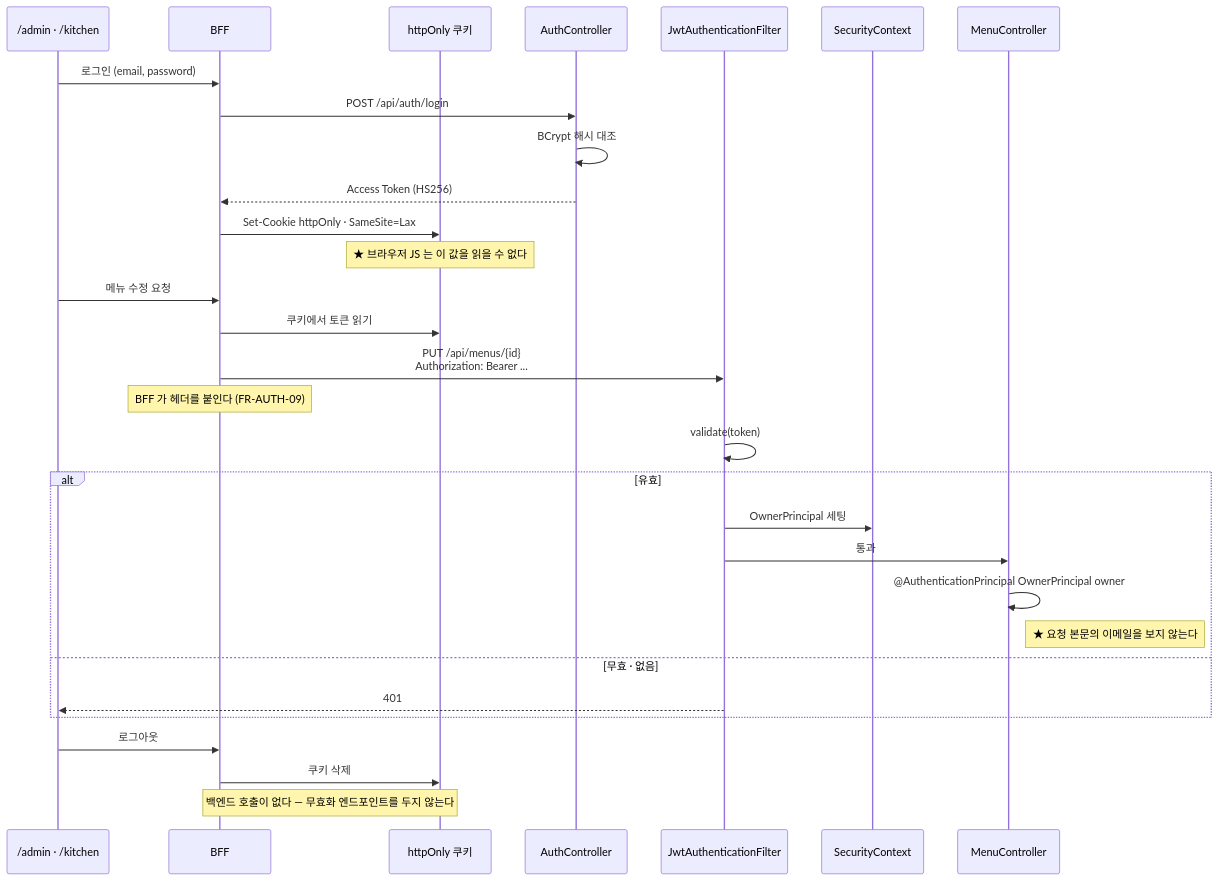
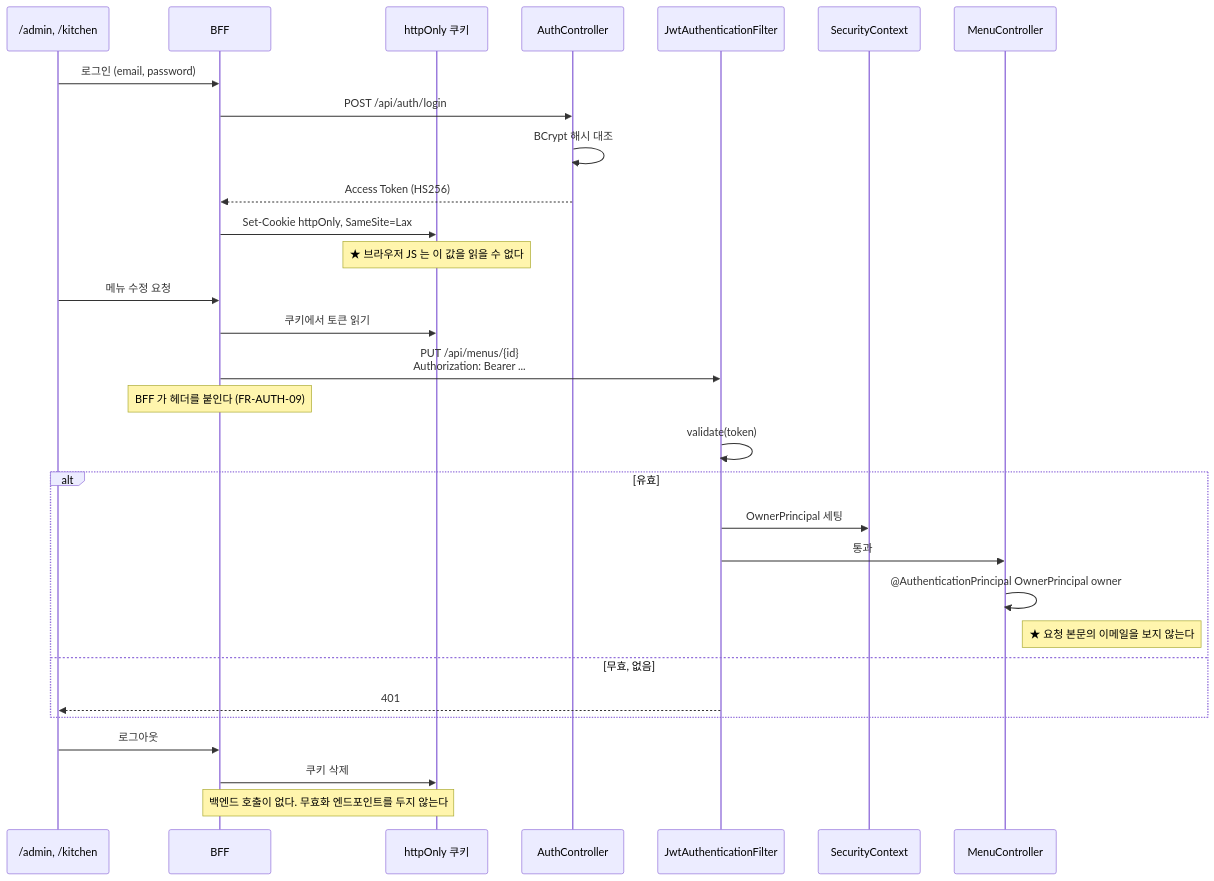
The seventh of 8 diagrams in docs/design/architecture.md (hhyukk/cafe-kiosk), drawn with Mermaid before and after one commit. The commit also changed other lines of this file and 12 other files, not shown here.

````diff
--- a/docs/design/architecture.md
+++ b/docs/design/architecture.md
@@ -412,35 +412,35 @@
 ```mermaid
 sequenceDiagram
-    participant A as /admin · /kitchen
+    participant A as /admin, /kitchen
     participant F as BFF
     participant CK as httpOnly 쿠키
     participant AC as AuthController
     participant FL as JwtAuthenticationFilter
     participant SC as SecurityContext
     participant C as MenuController
 
     A->>F: 로그인 (email, password)
     F->>AC: POST /api/auth/login
     AC->>AC: BCrypt 해시 대조
     AC-->>F: Access Token (HS256)
-    F->>CK: Set-Cookie httpOnly · SameSite=Lax
+    F->>CK: Set-Cookie httpOnly, SameSite=Lax
     Note over CK: ★ 브라우저 JS 는 이 값을 읽을 수 없다
 
     A->>F: 메뉴 수정 요청
     F->>CK: 쿠키에서 토큰 읽기
     F->>FL: PUT /api/menus/{id}<br/>Authorization: Bearer ...
     Note over F: BFF 가 헤더를 붙인다 (FR-AUTH-09)
     FL->>FL: validate(token)
     alt 유효
         FL->>SC: OwnerPrincipal 세팅
         FL->>C: 통과
         C->>C: @AuthenticationPrincipal OwnerPrincipal owner
         Note right of C: ★ 요청 본문의 이메일을 보지 않는다
-    else 무효 · 없음
+    else 무효, 없음
         FL-->>A: 401
     end
 
     A->>F: 로그아웃
     F->>CK: 쿠키 삭제
-    Note over F,CK: 백엔드 호출이 없다 — 무효화 엔드포인트를 두지 않는다
+    Note over F,CK: 백엔드 호출이 없다. 무효화 엔드포인트를 두지 않는다
 ```
````
